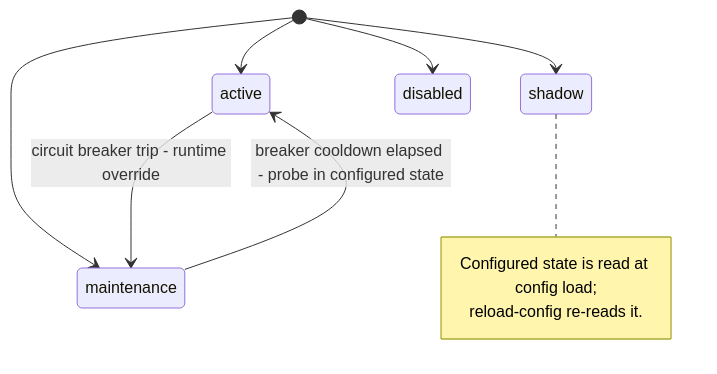
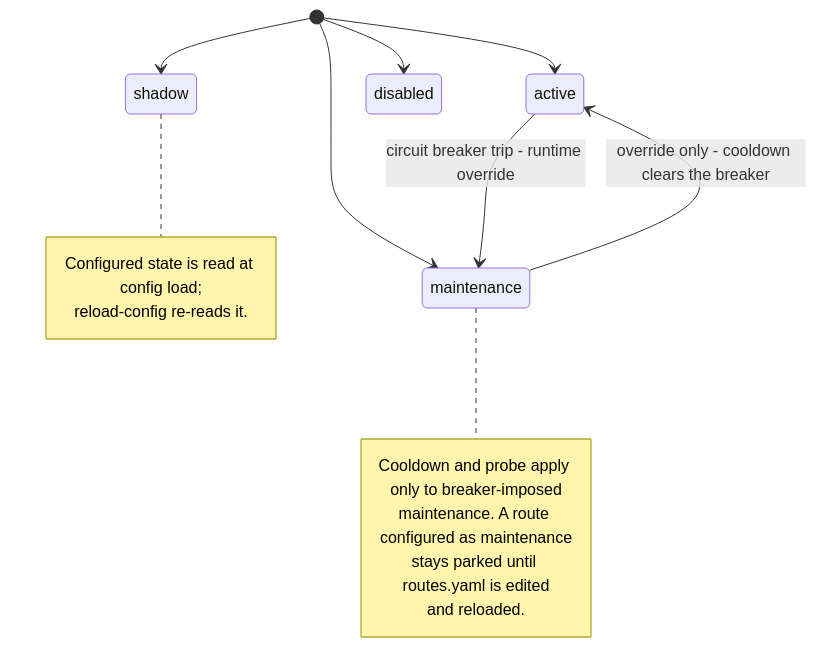
The first of 2 diagrams in docs/configuration.md (deadmanoz/signal-hermes-router), drawn with Mermaid before and after one commit. The commit also changed 2 other files, not shown here.

Commit message:
docs: address codex review findings from #82
* docs(readme): show route-state gate before media storage in architecture diagram

* docs(hermes-gateway-tradeoffs): qualify agent-agnostic claim as code-change-only today

* docs(configuration): limit maintenance auto-recovery to breaker overrides in state diagram

````diff
--- a/docs/configuration.md
+++ b/docs/configuration.md
@@ -277,13 +277,19 @@
 ```mermaid
 stateDiagram-v2
     [*] --> shadow
     [*] --> active
     [*] --> maintenance
     [*] --> disabled
     active --> maintenance: circuit breaker trip - runtime override
-    maintenance --> active: breaker cooldown elapsed - probe in configured state
+    maintenance --> active: override only - cooldown clears the breaker
     note right of shadow
         Configured state is read at config load;
         reload-config re-reads it.
     end note
+    note right of maintenance
+        Cooldown and probe apply only to breaker-imposed
+        maintenance. A route configured as maintenance
+        stays parked until routes.yaml is edited
+        and reloaded.
+    end note
 ```
````
